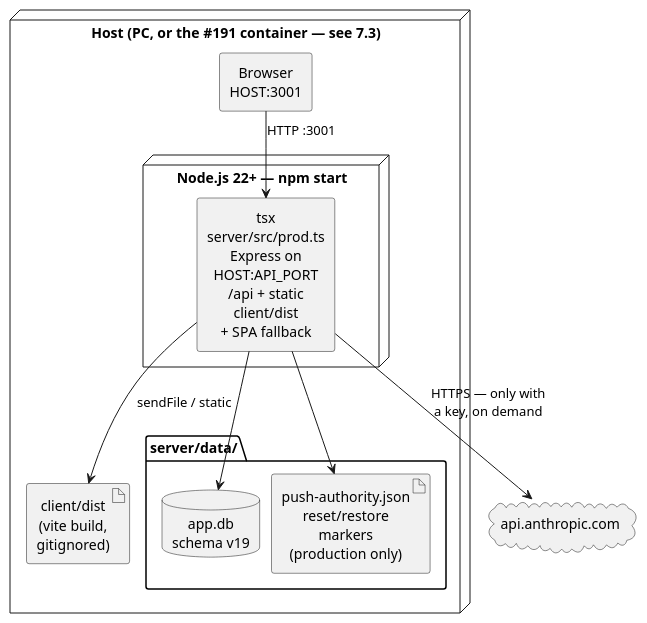
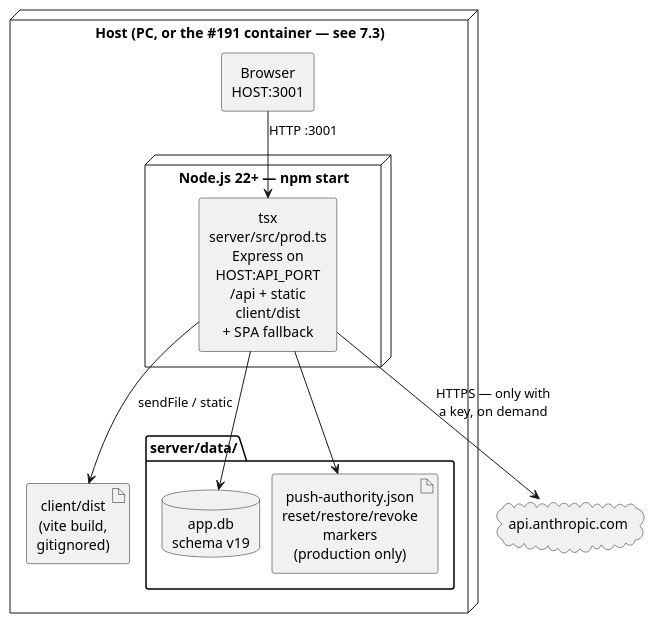
The second of 4 diagrams in docs/modules/ROOT/pages/07_deployment_view.adoc (FelixGeisler/draw), drawn with PlantUML before and after one commit. The commit also changed other lines of this file and 19 other files, not shown here.

```diff
--- a/docs/modules/ROOT/pages/07_deployment_view.adoc
+++ b/docs/modules/ROOT/pages/07_deployment_view.adoc
@@ -116,30 +124,30 @@
 [plantuml,deployment-prod,svg]
 ....
 @startuml
 skinparam shadowing false
 skinparam wrapWidth 140
 skinparam defaultTextAlignment center
 skinparam componentStyle rectangle
 skinparam nodesep 12
 skinparam ranksep 18
 
 node "Host (PC, or the #191 container — see 7.3)" as host {
   component "Browser\nHOST:3001" as browser
   node "Node.js 22+ — npm start" as prodtree {
     component "tsx server/src/prod.ts\nExpress on HOST:API_PORT\n/api + static client/dist\n+ SPA fallback" as express
   }
   artifact "client/dist\n(vite build, gitignored)" as dist
   folder "server/data/" as data {
     database "app.db\nschema v19" as db
-    artifact "push-authority.json\nreset/restore markers\n(production only)" as pushstate
+    artifact "push-authority.json\nreset/restore/revoke markers\n(production only)" as pushstate
   }
 }
 cloud "api.anthropic.com" as claude
 
 browser --> express : HTTP :3001
 express --> dist : sendFile / static
 express --> db
 express --> pushstate
 express --> claude : HTTPS — only with\na key, on demand
 @enduml
 ....
```
